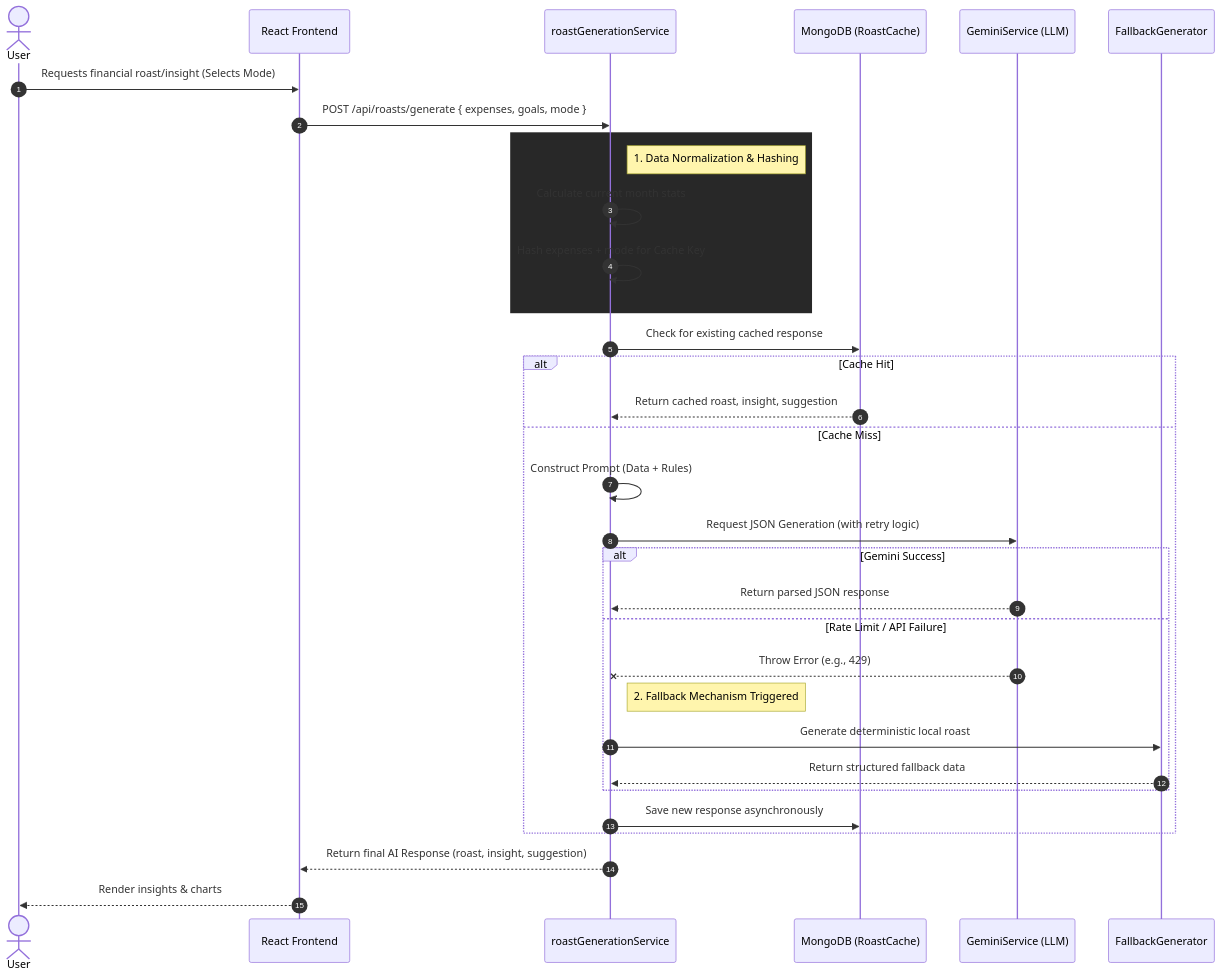
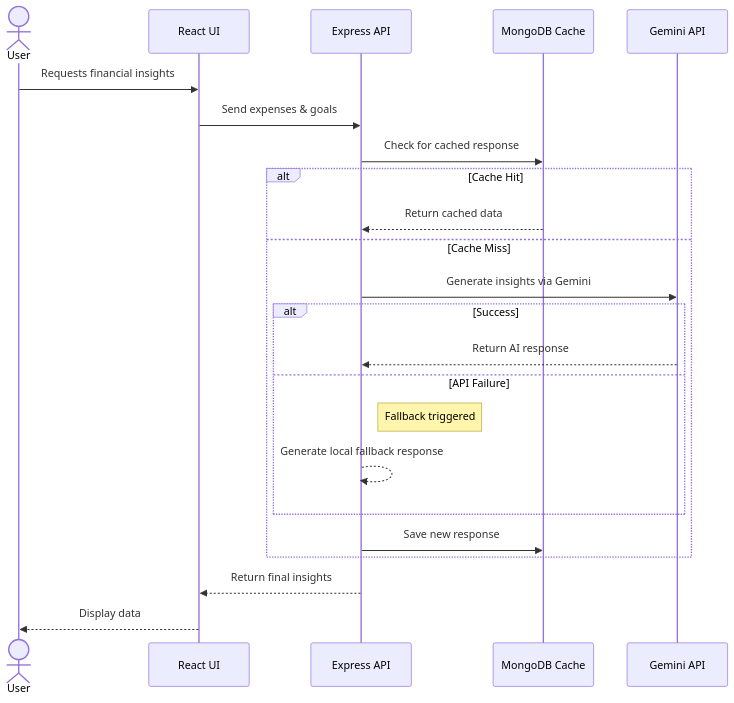
The diagram in README.md (Akshatgupta000/rupee-roast), drawn with Mermaid before and after one commit. The commit also changed other lines of this file, not shown here.

````diff
--- a/README.md
+++ b/README.md
@@ -60,42 +57,31 @@
 ```mermaid
 sequenceDiagram
-    autonumber
     actor User
-    participant UI as React Frontend
-    participant Service as roastGenerationService
-    participant Cache as MongoDB (RoastCache)
-    participant Gemini as GeminiService (LLM)
-    participant Fallback as FallbackGenerator
-
-    User->>UI: Requests financial roast/insight (Selects Mode)
-    UI->>Service: POST /api/roasts/generate { expenses, goals, mode }
-
-    rect rgb(40, 40, 40)
-        Note right of Service: 1. Data Normalization & Hashing
-        Service->>Service: Calculate current month stats
-        Service->>Service: Hash expenses + mode for Cache Key
+    participant Frontend as React UI
+    participant Backend as Express API
+    participant Cache as MongoDB Cache
+    participant LLM as Gemini API
+    
+    User->>Frontend: Requests financial insights
+    Frontend->>Backend: Send expenses & goals
+    
+    Backend->>Cache: Check for cached response
+    
+    alt Cache Hit
+        Cache-->>Backend: Return cached data
+    else Cache Miss
+        Backend->>LLM: Generate insights via Gemini
+        
+        alt Success
+            LLM-->>Backend: Return AI response
+        else API Failure
+            Note right of Backend: Fallback triggered
+            Backend-->>Backend: Generate local fallback response
+        end
+        
+        Backend->>Cache: Save new response
     end
-
-    Service->>Cache: Check for existing cached response
-
-    alt Cache Hit
-        Cache-->>Service: Return cached roast, insight, suggestion
-    else Cache Miss
-        Service->>Service: Construct Prompt (Data + Rules)
-        Service->>Gemini: Request JSON Generation (with retry logic)
-
-        alt Gemini Success
-            Gemini-->>Service: Return parsed JSON response
-        else Rate Limit / API Failure
-            Gemini--xService: Throw Error (e.g., 429)
-            Note right of Service: 2. Fallback Mechanism Triggered
-            Service->>Fallback: Generate deterministic local roast
-            Fallback-->>Service: Return structured fallback data
-        end
-
-        Service->>Cache: Save new response asynchronously
-    end
-
-    Service-->>UI: Return final AI Response (roast, insight, suggestion)
-    UI-->>User: Render insights & charts
+    
+    Backend-->>Frontend: Return final insights
+    Frontend-->>User: Display data
 ```
````
